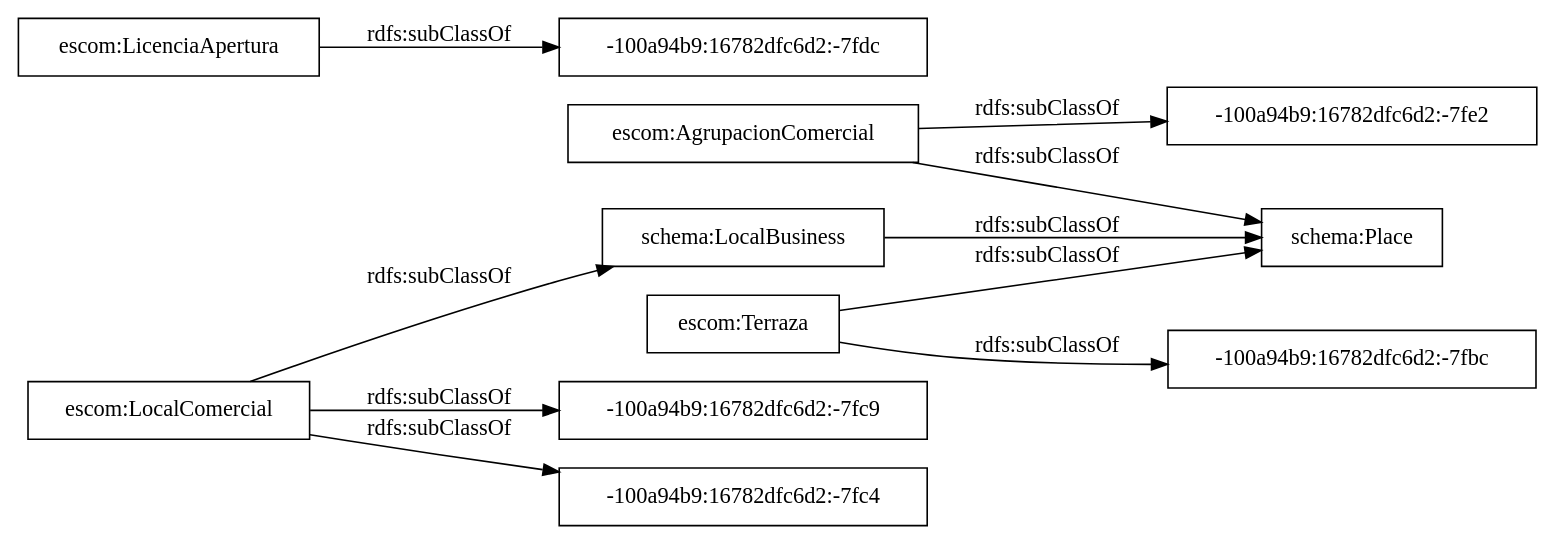
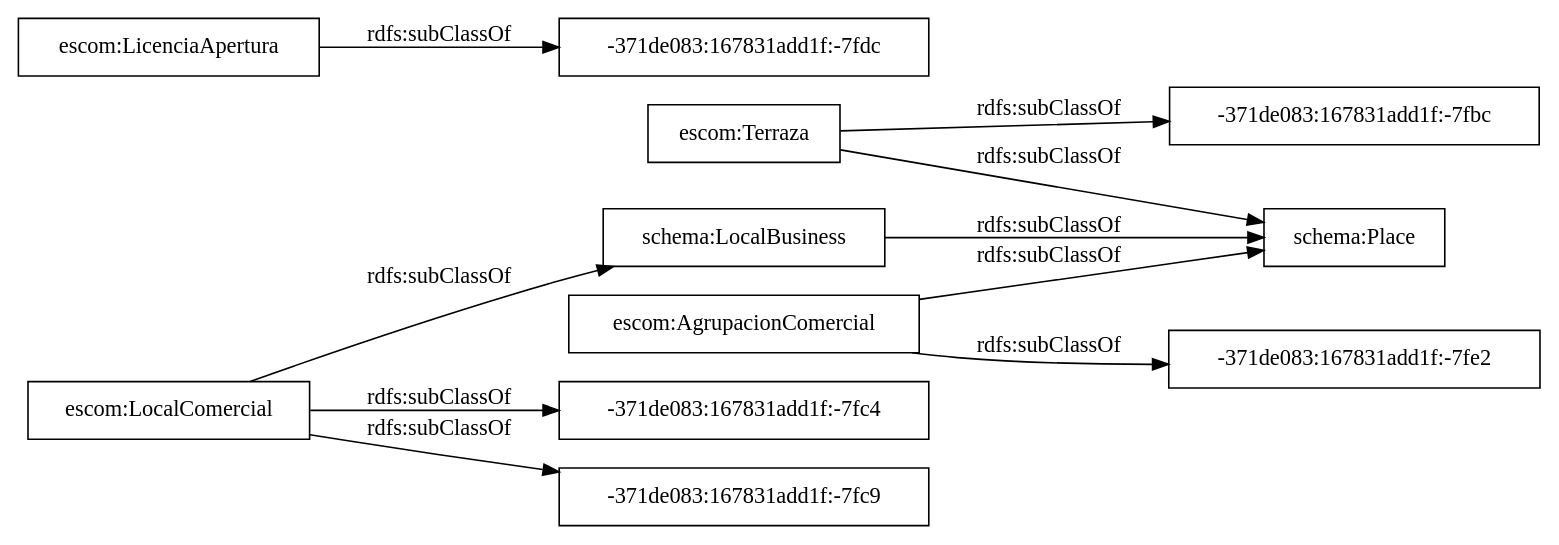
Before and after one commit to OnToologyUser/comercio-censo-locales: the diagram in OnToology/ontology/tejido-comercial.owl/diagrams/ar2dtool-taxonomy/tejido-comercial.owl.png.dot, drawn with Graphviz. The commit also changed 23 other files, not shown here.

```diff
--- a/OnToology/ontology/tejido-comercial.owl/diagrams/ar2dtool-taxonomy/tejido-comercial.owl.png.dot
+++ b/OnToology/ontology/tejido-comercial.owl/diagrams/ar2dtool-taxonomy/tejido-comercial.owl.png.dot
@@ -1,15 +1,15 @@
 digraph ar2dtool_diagram { 
 rankdir=LR;
 size="1000"
-node [shape = rectangle, color="black"]; "escom:AgrupacionComercial" "-100a94b9:16782dfc6d2:-7fc9" "-100a94b9:16782dfc6d2:-7fdc" "-100a94b9:16782dfc6d2:-7fc4" "escom:Terraza" "escom:LocalComercial" "-100a94b9:16782dfc6d2:-7fbc" "schema:LocalBusiness" "schema:Place" "-100a94b9:16782dfc6d2:-7fe2" "escom:LicenciaApertura" ; /*classes style*/
-	"escom:LicenciaApertura" -> "-100a94b9:16782dfc6d2:-7fdc" [ label = "rdfs:subClassOf" ];
+node [shape = rectangle, color="black"]; "escom:AgrupacionComercial" "-371de083:167831add1f:-7fdc" "-371de083:167831add1f:-7fbc" "escom:Terraza" "escom:LocalComercial" "-371de083:167831add1f:-7fe2" "-371de083:167831add1f:-7fc4" "schema:LocalBusiness" "-371de083:167831add1f:-7fc9" "schema:Place" "escom:LicenciaApertura" ; /*classes style*/
+	"escom:LicenciaApertura" -> "-371de083:167831add1f:-7fdc" [ label = "rdfs:subClassOf" ];
 	"escom:AgrupacionComercial" -> "schema:Place" [ label = "rdfs:subClassOf" ];
-	"escom:AgrupacionComercial" -> "-100a94b9:16782dfc6d2:-7fe2" [ label = "rdfs:subClassOf" ];
-	"escom:Terraza" -> "-100a94b9:16782dfc6d2:-7fbc" [ label = "rdfs:subClassOf" ];
+	"escom:AgrupacionComercial" -> "-371de083:167831add1f:-7fe2" [ label = "rdfs:subClassOf" ];
+	"escom:Terraza" -> "-371de083:167831add1f:-7fbc" [ label = "rdfs:subClassOf" ];
 	"escom:Terraza" -> "schema:Place" [ label = "rdfs:subClassOf" ];
 	"escom:LocalComercial" -> "schema:LocalBusiness" [ label = "rdfs:subClassOf" ];
-	"escom:LocalComercial" -> "-100a94b9:16782dfc6d2:-7fc9" [ label = "rdfs:subClassOf" ];
-	"escom:LocalComercial" -> "-100a94b9:16782dfc6d2:-7fc4" [ label = "rdfs:subClassOf" ];
+	"escom:LocalComercial" -> "-371de083:167831add1f:-7fc9" [ label = "rdfs:subClassOf" ];
+	"escom:LocalComercial" -> "-371de083:167831add1f:-7fc4" [ label = "rdfs:subClassOf" ];
 	"schema:LocalBusiness" -> "schema:Place" [ label = "rdfs:subClassOf" ];
 
 }
```
